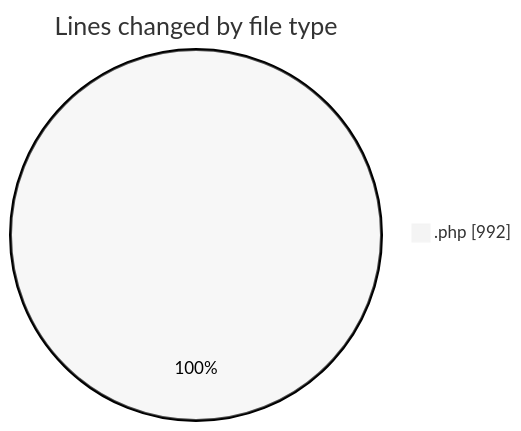
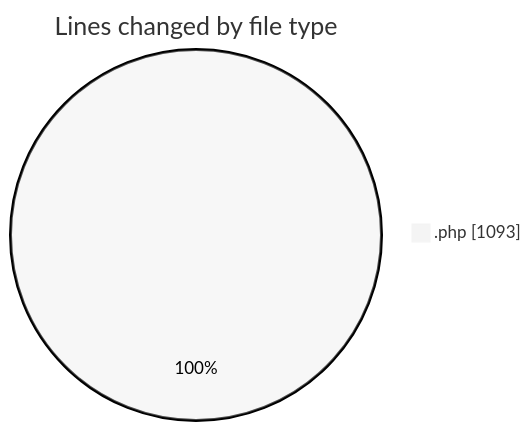
Before and after one commit to debugP/code-tracking: the first of 2 diagrams in 2025-10-02/untitled__workspace_/README.md, drawn with Mermaid (neutral theme). The commit also changed other lines of this file and 1 other file, not shown here.

````diff
--- a/2025-10-02/untitled__workspace_/README.md
+++ b/2025-10-02/untitled__workspace_/README.md
@@ -20,5 +20,5 @@
 ```mermaid
 pie showData
 title Lines changed by file type
-".php" : 992
+".php" : 1093
 ```
````
